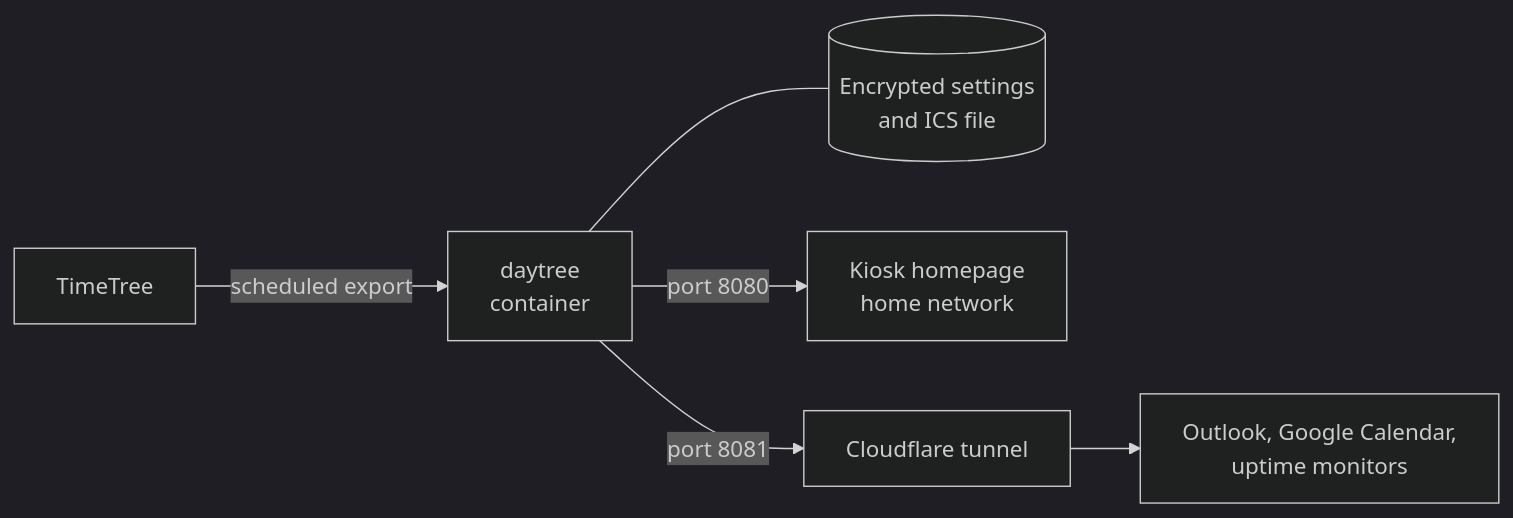
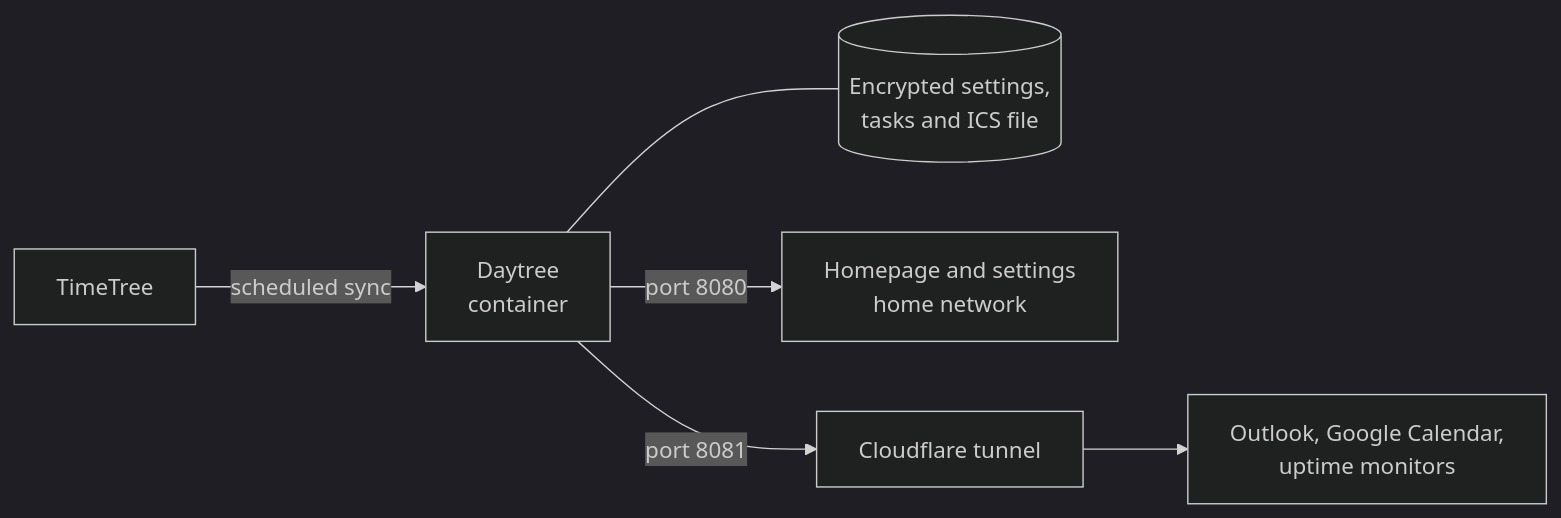
The diagram in README.md (storkakos/daytree), drawn with Mermaid (dark theme) before and after one commit. The commit also changed other lines of this file and 8 other files, not shown here.

````diff
--- a/README.md
+++ b/README.md
@@ -48,8 +145,8 @@
 ```mermaid
 flowchart LR
-    TT[TimeTree] -->|scheduled export| APP[daytree<br>container]
-    APP --- DATA[(Encrypted settings<br>and ICS file)]
-    APP -->|port 8080| LAN[Kiosk homepage<br>home network]
+    TT[TimeTree] -->|scheduled sync| APP[Daytree<br>container]
+    APP --- DATA[(Encrypted settings,<br>tasks and ICS file)]
+    APP -->|port 8080| LAN[Homepage and settings<br>home network]
     APP -->|port 8081| CF[Cloudflare tunnel]
     CF --> CAL[Outlook, Google Calendar,<br>uptime monitors]
 ```
````
